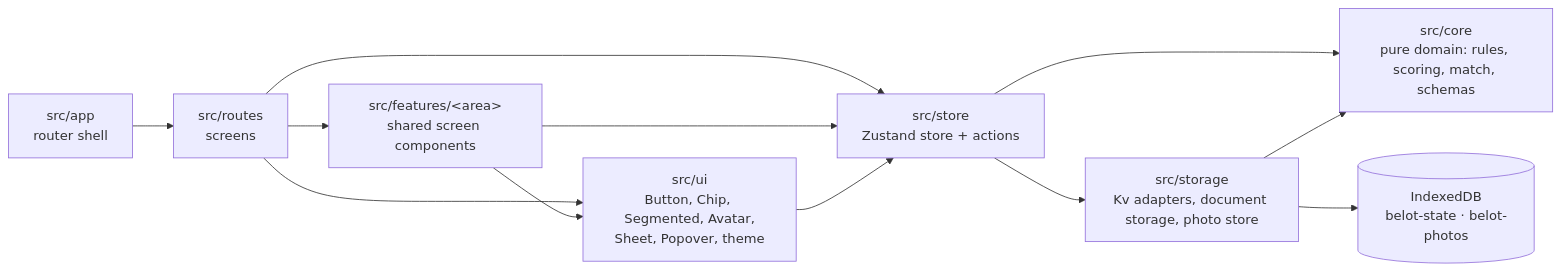
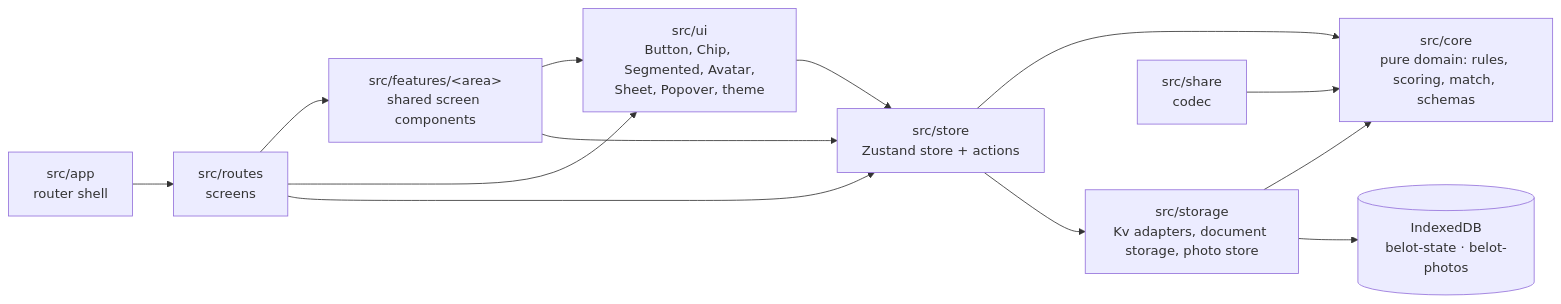
Before and after one commit to stoyanov624/Belot_Scorer: the diagram in docs/Architecture/Overview.md, drawn with Mermaid. The commit also changed other lines of this file and 2 other files, not shown here.

Commit message:
feat(share): payload codec with deflate-raw and base64url

````diff
--- a/docs/Architecture/Overview.md
+++ b/docs/Architecture/Overview.md
@@ -7,15 +7,16 @@
 ```mermaid
 flowchart LR
   Routes["src/routes<br/>screens"] --> Features
   Routes --> UI
   Routes --> Store
   App["src/app<br/>router shell"] --> Routes
   Features["src/features/&lt;area&gt;<br/>shared screen components"] --> UI
   Features --> Store
   UI["src/ui<br/>Button, Chip, Segmented, Avatar,<br/>Sheet, Popover, theme"] --> Store
   Store["src/store<br/>Zustand store + actions"] --> Core
   Store --> Storage
   Storage["src/storage<br/>Kv adapters, document storage, photo store"] --> Core
   Storage --> IDB[("IndexedDB<br/>belot-state · belot-photos")]
+  Share["src/share<br/>codec"] --> Core
   Core["src/core<br/>pure domain: rules, scoring, match, schemas"]
 ```
````
